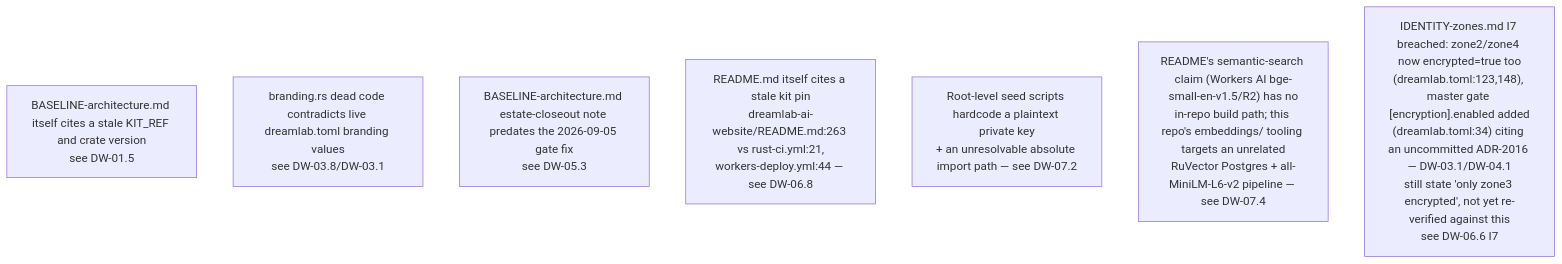
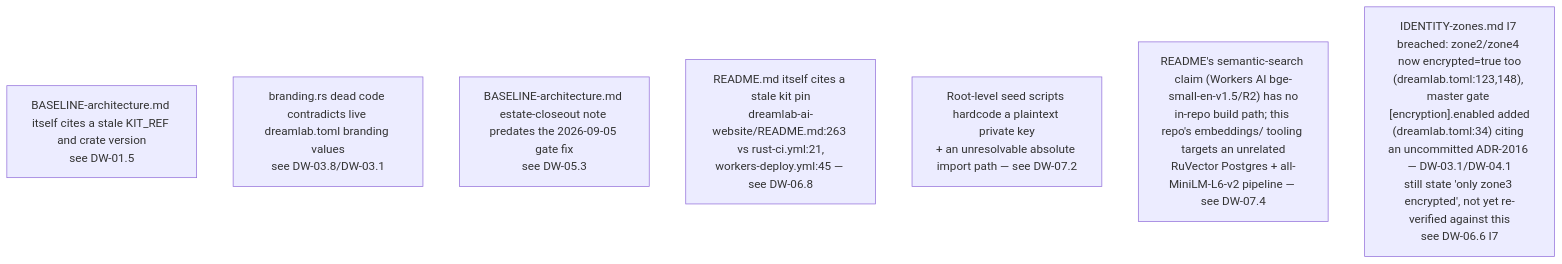
One commit to DreamLab-AI/VisionFlow changed the sixth of 7 diagrams in docs/diagrams/dreamlab-ai-website/06-content-pipeline-and-invariants-register.md. Above: the diagram before and after it, drawn with Mermaid. The commit also changed other lines of this file and 94 other files, not shown here.

First line of the commit message:
docs(diagrams): re-verify 130 topics against 2 October HEADs

````diff
--- a/docs/diagrams/dreamlab-ai-website/06-content-pipeline-and-invariants-register.md
+++ b/docs/diagrams/dreamlab-ai-website/06-content-pipeline-and-invariants-register.md
@@ -115,10 +115,10 @@
 ```mermaid
 flowchart TB
     D9["BASELINE-architecture.md itself cites a stale KIT_REF and crate version<br/>see DW-01.5"]
     D10["branding.rs dead code contradicts live dreamlab.toml branding values<br/>see DW-03.8/DW-03.1"]
     D11["BASELINE-architecture.md estate-closeout note predates the 2026-09-05 gate fix<br/>see DW-05.3"]
-    D12["README.md itself cites a stale kit pin<br/>dreamlab-ai-website/README.md:263 vs rust-ci.yml:21,<br/>workers-deploy.yml:44 — see DW-06.8"]
+    D12["README.md itself cites a stale kit pin<br/>dreamlab-ai-website/README.md:263 vs rust-ci.yml:21,<br/>workers-deploy.yml:45 — see DW-06.8"]
     D13["Root-level seed scripts hardcode a plaintext private key<br/>+ an unresolvable absolute import path — see DW-07.2"]
     D14["README's semantic-search claim (Workers AI bge-small-en-v1.5/R2) has no<br/>in-repo build path; this repo's embeddings/ tooling targets an unrelated<br/>RuVector Postgres + all-MiniLM-L6-v2 pipeline — see DW-07.4"]
     D15["IDENTITY-zones.md I7 breached: zone2/zone4 now encrypted=true too<br/>(dreamlab.toml:123,148), master gate [encryption].enabled added<br/>(dreamlab.toml:34) citing an uncommitted ADR-2016 — DW-03.1/DW-04.1<br/>still state 'only zone3 encrypted', not yet re-verified against this<br/>see DW-06.6 I7"]
 ```
````
